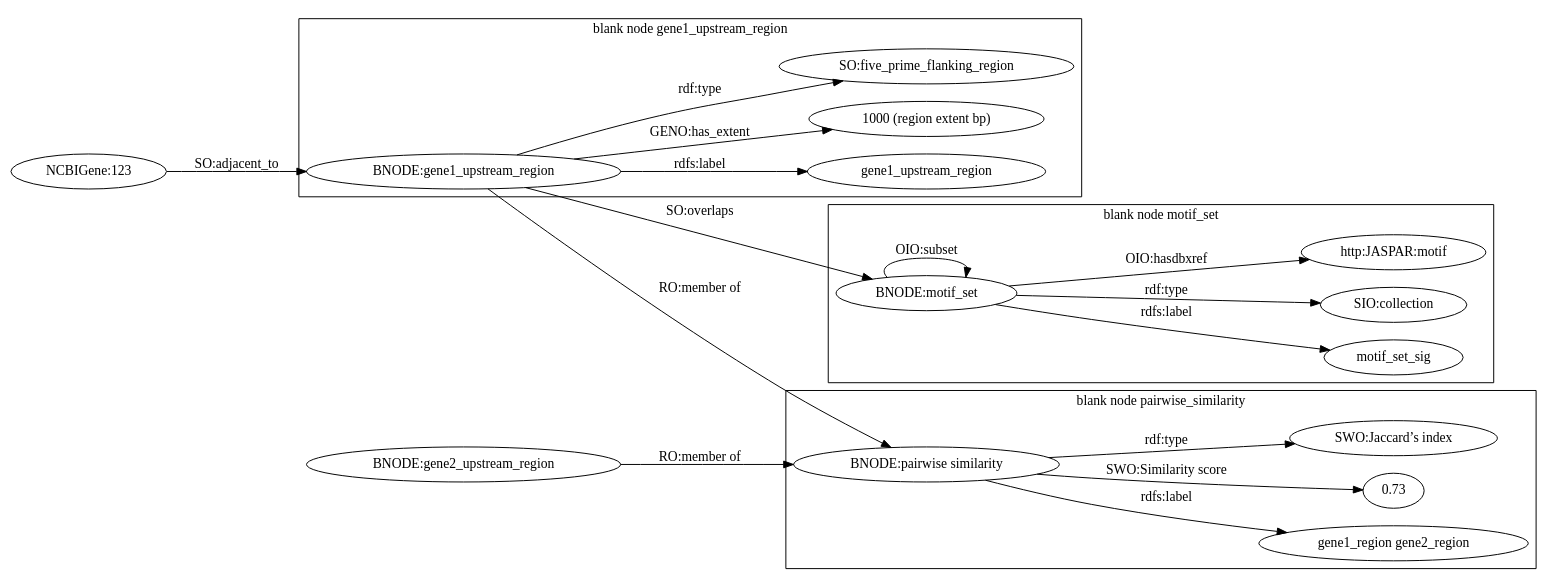
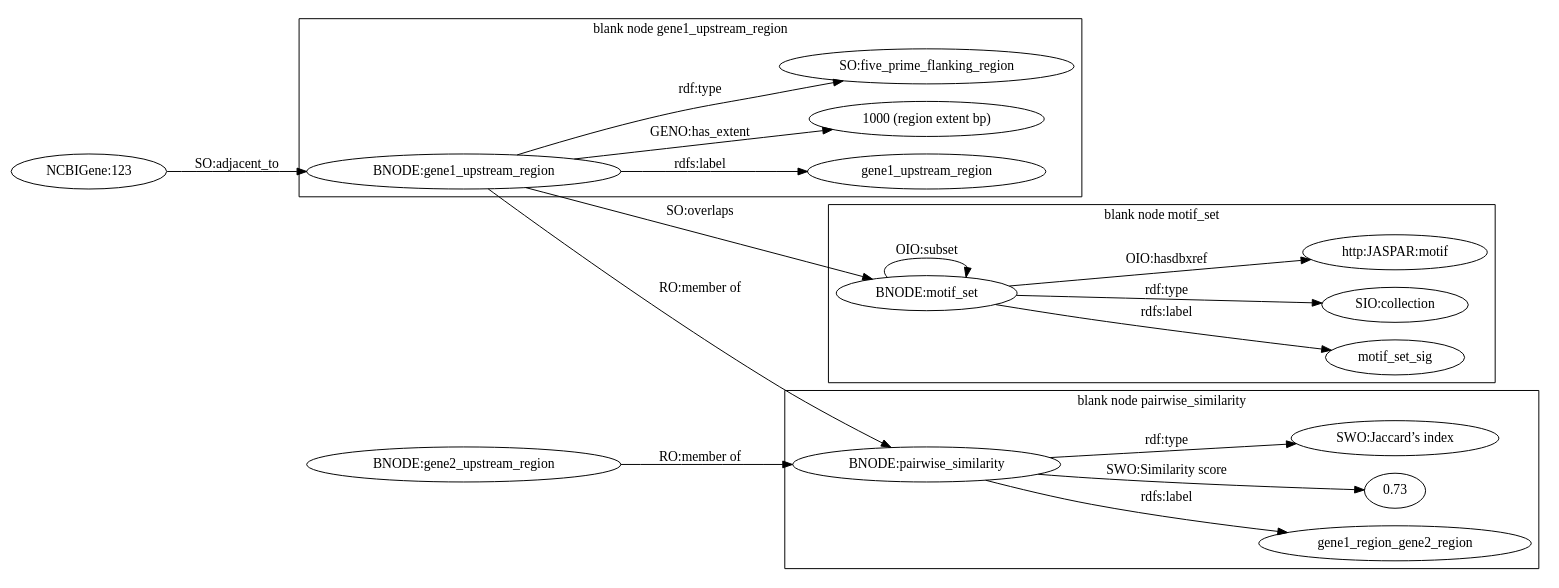
One commit to TomConlin/Jaspar_FA changed the diagram in jaspar_target_model.gv. Above: the diagram before and after it, drawn with Graphviz.

Commit message:
removing apaces in intranslated lables b/c ising as variable name in sparql query

```diff
--- a/jaspar_target_model.gv
+++ b/jaspar_target_model.gv
@@ -1,44 +1,44 @@
 digraph{
  rankdir=LR;
  compound=true;
  title=JASPAR_target_model
  
  "NCBIGene:123" -> "BNODE:gene1_upstream_region" [label="SO:adjacent_to"]
 
  subgraph cluster_0 { // the genomic region
 	label="blank node gene1_upstream_region"
 	"BNODE:gene1_upstream_region" -> "gene1_upstream_region" [label="rdfs:label"]
 	"BNODE:gene1_upstream_region" -> "1000 (region extent bp)" [label="GENO:has_extent"]
 	"BNODE:gene1_upstream_region" -> "SO:five_prime_flanking_region" [label="rdf:type"]	
 	// "BNODE:gene1_upstream_region" -> "Candidate SO:TF_binding_sites" [label="rdf:comment"]
  }
 
  "BNODE:gene1_upstream_region"-> "BNODE:motif_set" [label="SO:overlaps"]
 
  subgraph cluster_1 { // set of motifs
 	label="blank node motif_set"	
 	"BNODE:motif_set" -> "motif_set_sig" [label="rdfs:label"]
 	"BNODE:motif_set" -> "SIO:collection" [label="rdf:type"]
 	//"BNODE:motif_set" -> "3 (flavors)" [label="rdf:value"]
 	// FROM: motifsetsig_motif.tab (mmotif_set_sig, motif) 
 	"BNODE:motif_set" -> "http:JASPAR:motif" [label="OIO:hasdbxref"]
  }
 
 "BNODE:motif_set" -> "BNODE:motif_set" [label="OIO:subset"] // prolly not 
 
 // "BNODE:motif_set" -> "JASPAR:motif" [label="RO:has member"]
 // "JASPAR:motif" -> "SO:nucleotide_motif" [label="rdf:type"]
 // "JASPAR:motif" -> "http:JASPAR:motif" [label="OIO:hasdbxref"]
 // "JASPAR:motif" -> "motif"[label="rdfs:label"]
 
- "BNODE:gene1_upstream_region" -> "BNODE:pairwise similarity" [label="RO:member of"]
- "BNODE:gene2_upstream_region" -> "BNODE:pairwise similarity" [label="RO:member of"]
+ "BNODE:gene1_upstream_region" -> "BNODE:pairwise_similarity" [label="RO:member of"]
+ "BNODE:gene2_upstream_region" -> "BNODE:pairwise_similarity" [label="RO:member of"]
 
  subgraph cluster_2 { // pairwise similarity
 	label="blank node pairwise_similarity"	
-	"BNODE:pairwise similarity" -> "gene1_region gene2_region" [label="rdfs:label"]
-	"BNODE:pairwise similarity" -> "0.73" [label="SWO:Similarity score"]
-	"BNODE:pairwise similarity" -> "SWO:Jaccard’s index" [label="rdf:type"]
+	"BNODE:pairwise_similarity" -> "gene1_region_gene2_region" [label="rdfs:label"]
+	"BNODE:pairwise_similarity" -> "0.73" [label="SWO:Similarity score"]
+	"BNODE:pairwise_similarity" -> "SWO:Jaccard’s index" [label="rdf:type"]
 	// Term IRI: http://www.ebi.ac.uk/efo/swo/SWO_0000243
  }
 }
```
